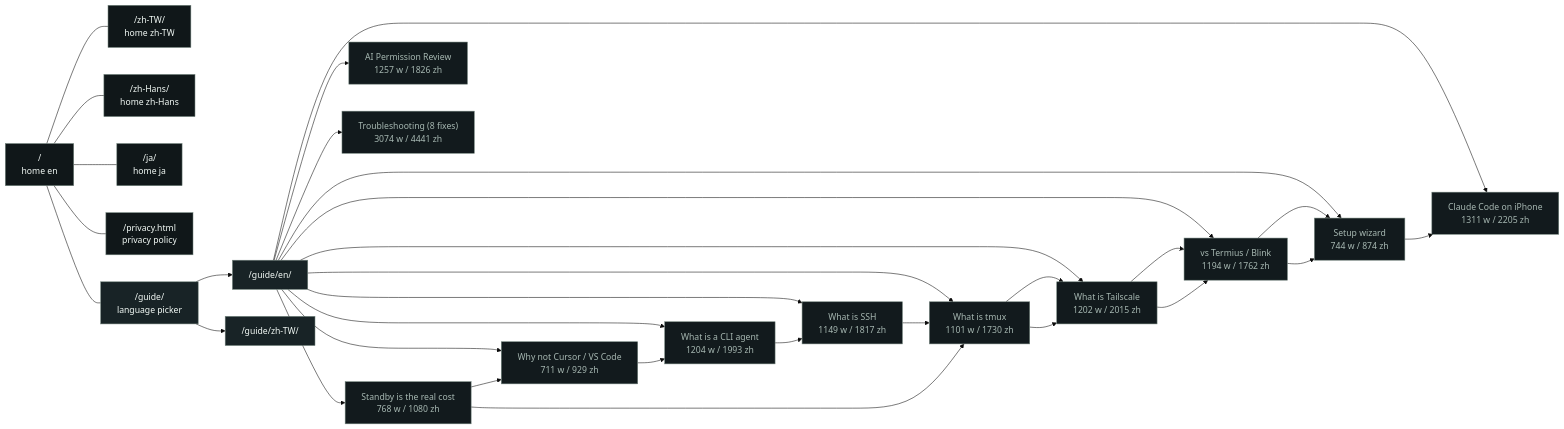
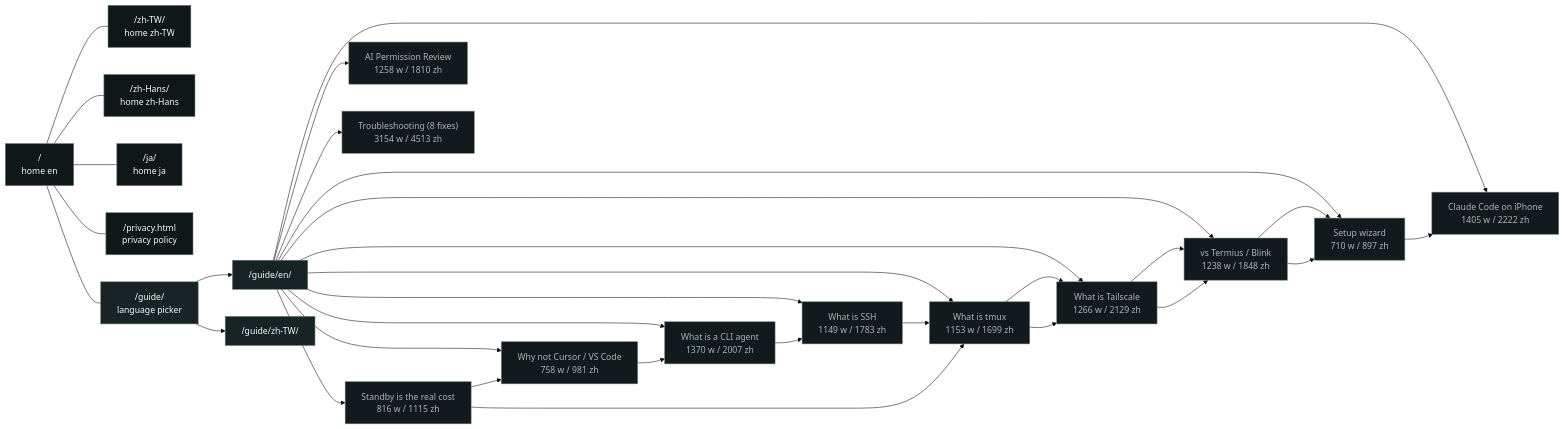
The diagram in SITE_MAP.md (saxlamen/Agentmux-site), drawn with Mermaid (base theme) before and after one commit. The commit also changed other lines of this file and 46 other files, not shown here.

````diff
--- a/SITE_MAP.md
+++ b/SITE_MAP.md
@@ -44,44 +44,44 @@
 ```mermaid
 graph LR
   H["/<br>home en"]:::home
   homezhtw["/zh-TW/<br>home zh-TW"]:::home
   H --- homezhtw
   homezhhans["/zh-Hans/<br>home zh-Hans"]:::home
   H --- homezhhans
   homeja["/ja/<br>home ja"]:::home
   H --- homeja
   privacypolicy["/privacy.html<br>privacy policy"]:::home
   H --- privacypolicy
   G["/guide/<br>language picker"]:::hub
   H --- G
   EN["/guide/en/"]:::hub
   ZH["/guide/zh-TW/"]:::hub
   G --> EN
   G --> ZH
-  EN --> whyremotevibecoding["Standby is the real cost<br>768 w / 1080 zh"]:::art
-  EN --> whynotguiide["Why not Cursor / VS Code<br>711 w / 929 zh"]:::art
-  EN --> whatiscli["What is a CLI agent<br>1204 w / 1993 zh"]:::art
-  EN --> whatisssh["What is SSH<br>1149 w / 1817 zh"]:::art
-  EN --> whatistmux["What is tmux<br>1101 w / 1730 zh"]:::art
-  EN --> whatistailscale["What is Tailscale<br>1202 w / 2015 zh"]:::art
-  EN --> whyagentmux["vs Termius / Blink<br>1194 w / 1762 zh"]:::art
-  EN --> setup["Setup wizard<br>744 w / 874 zh"]:::art
-  EN --> claudecodeoniphone["Claude Code on iPhone<br>1311 w / 2205 zh"]:::art
-  EN --> permissionreview["AI Permission Review<br>1257 w / 1826 zh"]:::art
-  EN --> troubleshooting["Troubleshooting (8 fixes)<br>3074 w / 4441 zh"]:::art
+  EN --> whyremotevibecoding["Standby is the real cost<br>816 w / 1115 zh"]:::art
+  EN --> whynotguiide["Why not Cursor / VS Code<br>758 w / 981 zh"]:::art
+  EN --> whatiscli["What is a CLI agent<br>1370 w / 2007 zh"]:::art
+  EN --> whatisssh["What is SSH<br>1149 w / 1783 zh"]:::art
+  EN --> whatistmux["What is tmux<br>1153 w / 1699 zh"]:::art
+  EN --> whatistailscale["What is Tailscale<br>1266 w / 2129 zh"]:::art
+  EN --> whyagentmux["vs Termius / Blink<br>1238 w / 1848 zh"]:::art
+  EN --> setup["Setup wizard<br>710 w / 897 zh"]:::art
+  EN --> claudecodeoniphone["Claude Code on iPhone<br>1405 w / 2222 zh"]:::art
+  EN --> permissionreview["AI Permission Review<br>1258 w / 1810 zh"]:::art
+  EN --> troubleshooting["Troubleshooting (8 fixes)<br>3154 w / 4513 zh"]:::art
   whyremotevibecoding --> whynotguiide
   whynotguiide --> whatiscli
   whatiscli --> whatisssh
   whatisssh --> whatistmux
   whatistmux --> whatistailscale
   whatistailscale --> whyagentmux
   whyagentmux --> setup
   whyremotevibecoding --> whatistmux
   whatistmux --> whatistailscale
   whatistailscale --> whyagentmux
   whyagentmux --> setup
   setup --> claudecodeoniphone
   classDef home fill:#101719,color:#f4fbf7,stroke:#6f817a;
   classDef hub fill:#182326,color:#f4fbf7,stroke:#6f817a;
   classDef art fill:#121a1d,color:#a7b8b2,stroke:#6f817a;
 ```
````
